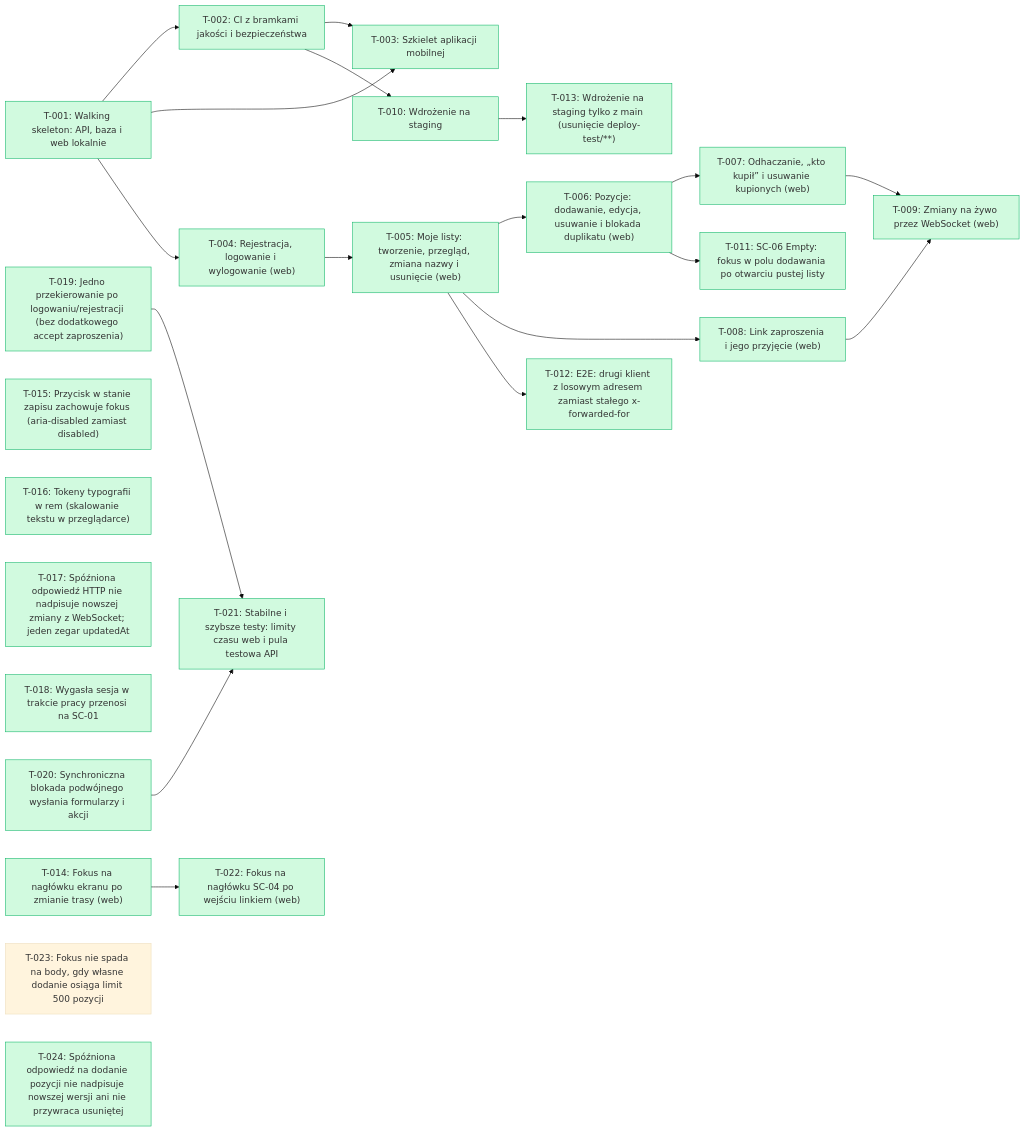
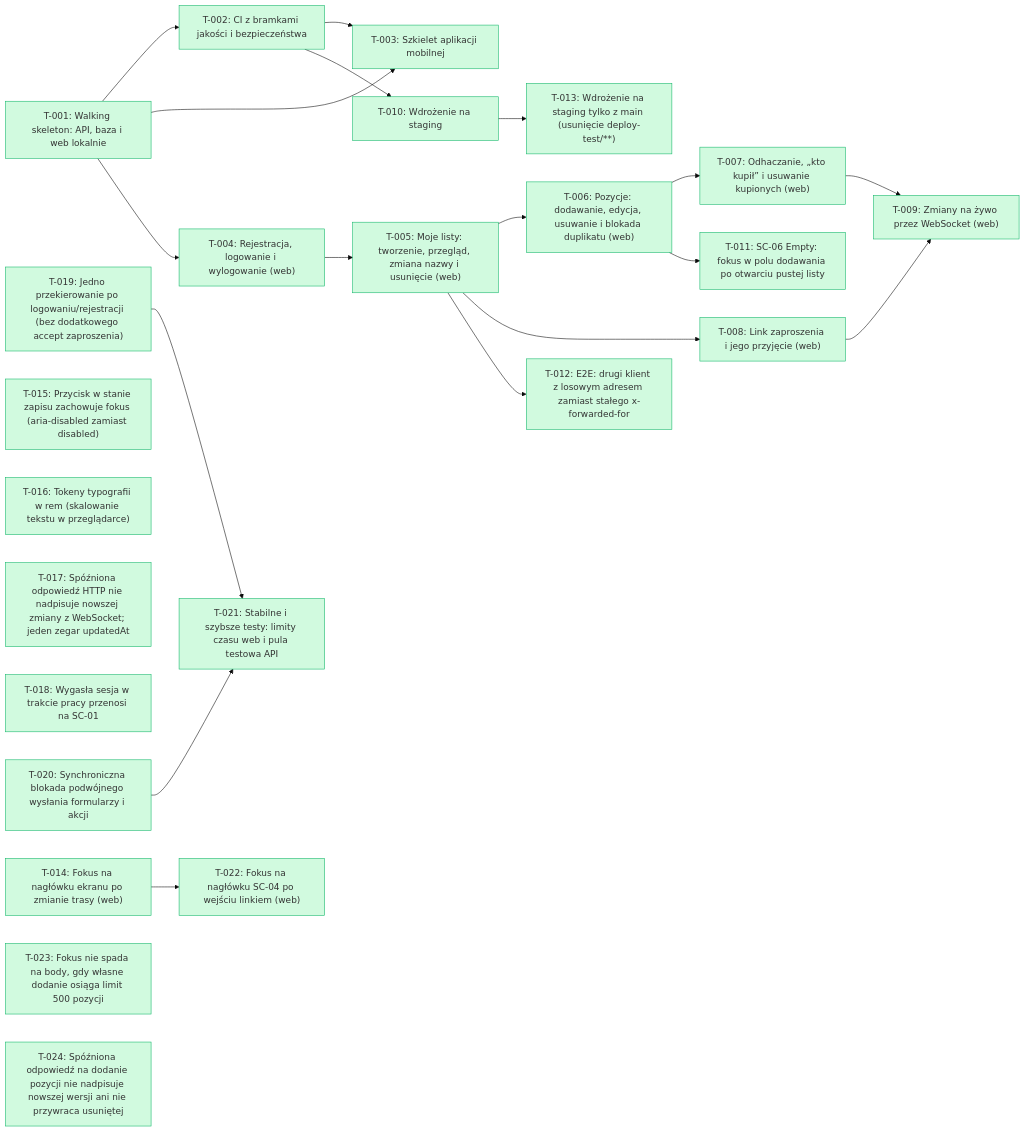
The diagram in docs/backlog/index.md (tombraz/lista-zakupow), drawn with Mermaid (base theme) before and after one commit. The commit also changed other lines of this file and 1 other file, not shown here.

````diff
--- a/docs/backlog/index.md
+++ b/docs/backlog/index.md
@@ -17,48 +17,48 @@
 ```mermaid
 flowchart LR
   T_001["T-001: Walking skeleton: API, baza i web lokalnie"]:::done
   T_002["T-002: CI z bramkami jakości i bezpieczeństwa"]:::done
   T_003["T-003: Szkielet aplikacji mobilnej"]:::done
   T_004["T-004: Rejestracja, logowanie i wylogowanie (web)"]:::done
   T_005["T-005: Moje listy: tworzenie, przegląd, zmiana nazwy i usunięcie (web)"]:::done
   T_006["T-006: Pozycje: dodawanie, edycja, usuwanie i blokada duplikatu (web)"]:::done
   T_007["T-007: Odhaczanie, „kto kupił” i usuwanie kupionych (web)"]:::done
   T_008["T-008: Link zaproszenia i jego przyjęcie (web)"]:::done
   T_009["T-009: Zmiany na żywo przez WebSocket (web)"]:::done
   T_010["T-010: Wdrożenie na staging"]:::done
   T_011["T-011: SC-06 Empty: fokus w polu dodawania po otwarciu pustej listy"]:::done
   T_012["T-012: E2E: drugi klient z losowym adresem zamiast stałego x-forwarded-for"]:::done
   T_013["T-013: Wdrożenie na staging tylko z main (usunięcie deploy-test/**)"]:::done
   T_014["T-014: Fokus na nagłówku ekranu po zmianie trasy (web)"]:::done
   T_015["T-015: Przycisk w stanie zapisu zachowuje fokus (aria-disabled zamiast disabled)"]:::done
   T_016["T-016: Tokeny typografii w rem (skalowanie tekstu w przeglądarce)"]:::done
   T_017["T-017: Spóźniona odpowiedź HTTP nie nadpisuje nowszej zmiany z WebSocket; jeden zegar updatedAt"]:::done
   T_018["T-018: Wygasła sesja w trakcie pracy przenosi na SC-01"]:::done
   T_019["T-019: Jedno przekierowanie po logowaniu/rejestracji (bez dodatkowego accept zaproszenia)"]:::done
   T_020["T-020: Synchroniczna blokada podwójnego wysłania formularzy i akcji"]:::done
   T_021["T-021: Stabilne i szybsze testy: limity czasu web i pula testowa API"]:::done
   T_022["T-022: Fokus na nagłówku SC-04 po wejściu linkiem (web)"]:::done
-  T_023["T-023: Fokus nie spada na body, gdy własne dodanie osiąga limit 500 pozycji"]
+  T_023["T-023: Fokus nie spada na body, gdy własne dodanie osiąga limit 500 pozycji"]:::done
   T_024["T-024: Spóźniona odpowiedź na dodanie pozycji nie nadpisuje nowszej wersji ani nie przywraca usuniętej"]:::done
   T_001 --> T_002
   T_001 --> T_003
   T_002 --> T_003
   T_001 --> T_004
   T_004 --> T_005
   T_005 --> T_006
   T_006 --> T_007
   T_005 --> T_008
   T_007 --> T_009
   T_008 --> T_009
   T_002 --> T_010
   T_006 --> T_011
   T_005 --> T_012
   T_010 --> T_013
   T_019 --> T_021
   T_020 --> T_021
   T_014 --> T_022
   classDef done fill:#d1fadf,stroke:#12b76a
   classDef wip fill:#fef0c7,stroke:#f79009
   classDef qa fill:#e0eaff,stroke:#2970ff
   classDef blocked fill:#fee4e2,stroke:#f04438
 ```
````
